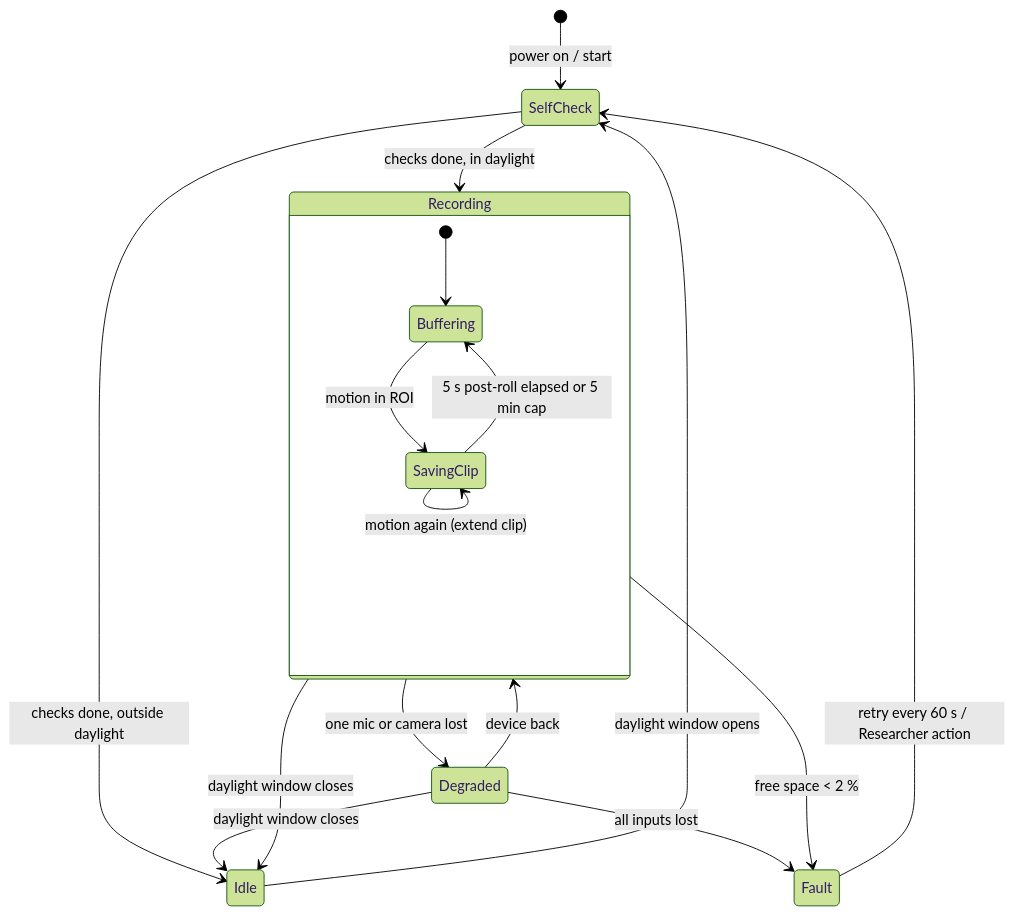
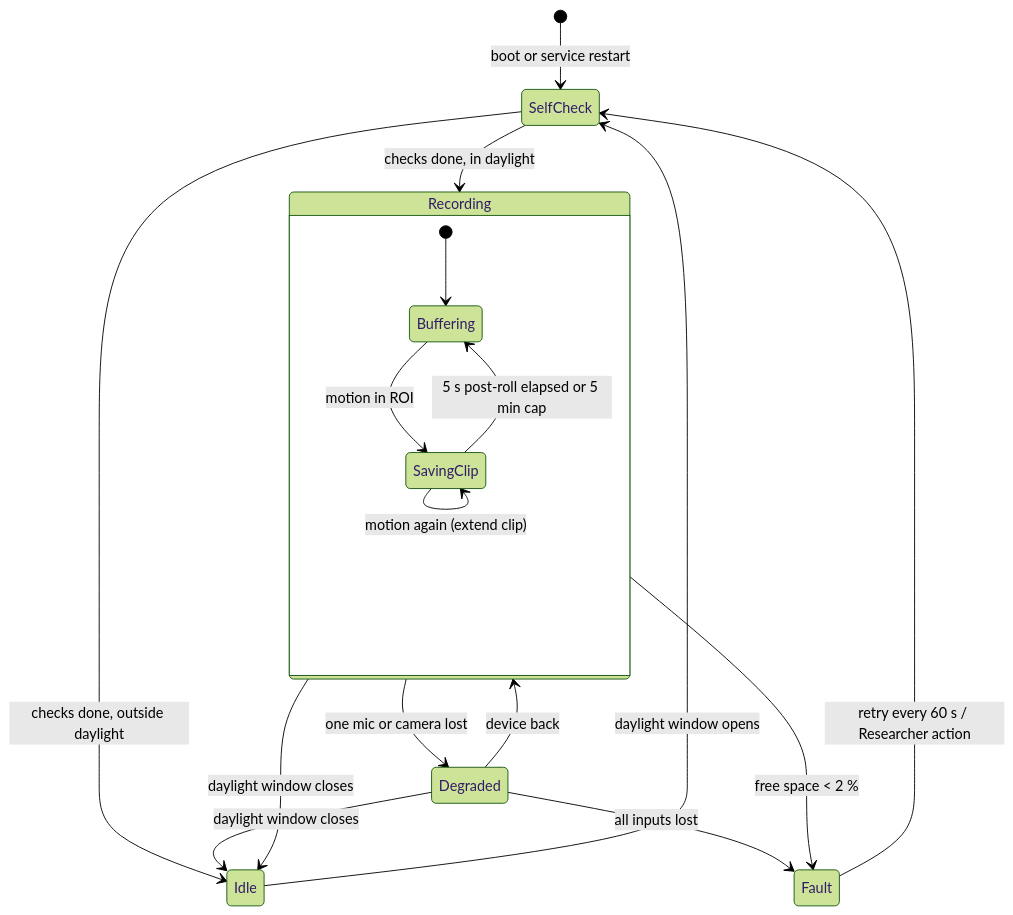
The diagram in docs/architecture/diagrams/capture-rig/04-state.md (benoit-bremaud/aristech), drawn with Mermaid (forest theme) before and after one commit. The commit also changed other lines of this file and 10 other files, not shown here.

First line of the commit message:
feat(capture): start the recorder at boot and restart it on exit (#176)

````diff
--- a/docs/architecture/diagrams/capture-rig/04-state.md
+++ b/docs/architecture/diagrams/capture-rig/04-state.md
@@ -7,22 +7,22 @@
 ```mermaid
 stateDiagram-v2
-    [*] --> SelfCheck: power on / start
+    [*] --> SelfCheck: boot or service restart
     SelfCheck --> Idle: checks done, outside daylight
     SelfCheck --> Recording: checks done, in daylight
     Idle --> SelfCheck: daylight window opens
     Recording --> Idle: daylight window closes
 
     state Recording {
         [*] --> Buffering
         Buffering --> SavingClip: motion in ROI
         SavingClip --> SavingClip: motion again (extend clip)
         SavingClip --> Buffering: 5 s post-roll elapsed or 5 min cap
     }
 
     Recording --> Degraded: one mic or camera lost
     Degraded --> Recording: device back
     Degraded --> Idle: daylight window closes
     Degraded --> Fault: all inputs lost
     Recording --> Fault: free space < 2 %
     Fault --> SelfCheck: retry every 60 s / Researcher action
 ```
````
